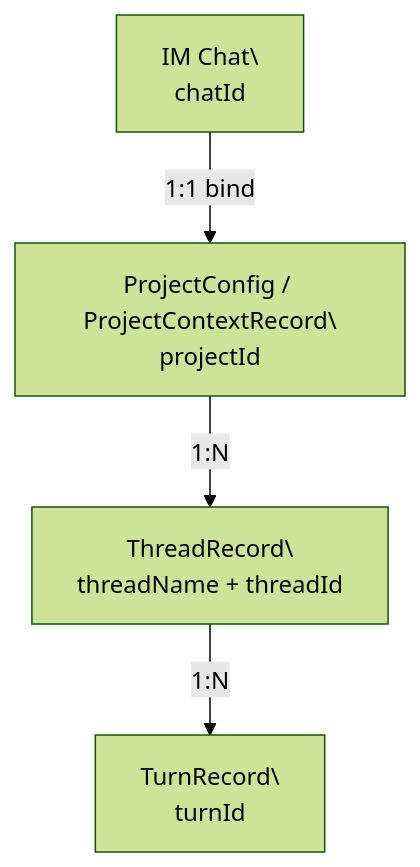
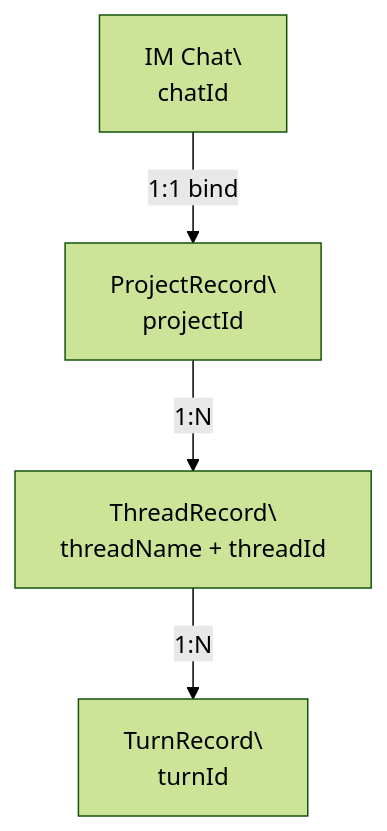
The diagram in docs/zh/01-architecture/core-entities.md (vzxxbacq/CollabVibe), drawn with Mermaid (forest theme) before and after one commit. The commit also changed other lines of this file and 65 other files, not shown here.

````diff
--- a/docs/zh/01-architecture/core-entities.md
+++ b/docs/zh/01-architecture/core-entities.md
@@ -24,6 +20,6 @@
 ```mermaid
 flowchart TD
-  Chat[IM Chat\\nchatId] -->|1:1 bind| Project[ProjectConfig / ProjectContextRecord\\nprojectId]
+  Chat[IM Chat\\nchatId] -->|1:1 bind| Project[ProjectRecord\\nprojectId]
   Project -->|1:N| Thread[ThreadRecord\\nthreadName + threadId]
   Thread -->|1:N| Turn[TurnRecord\\nturnId]
 ```
````
